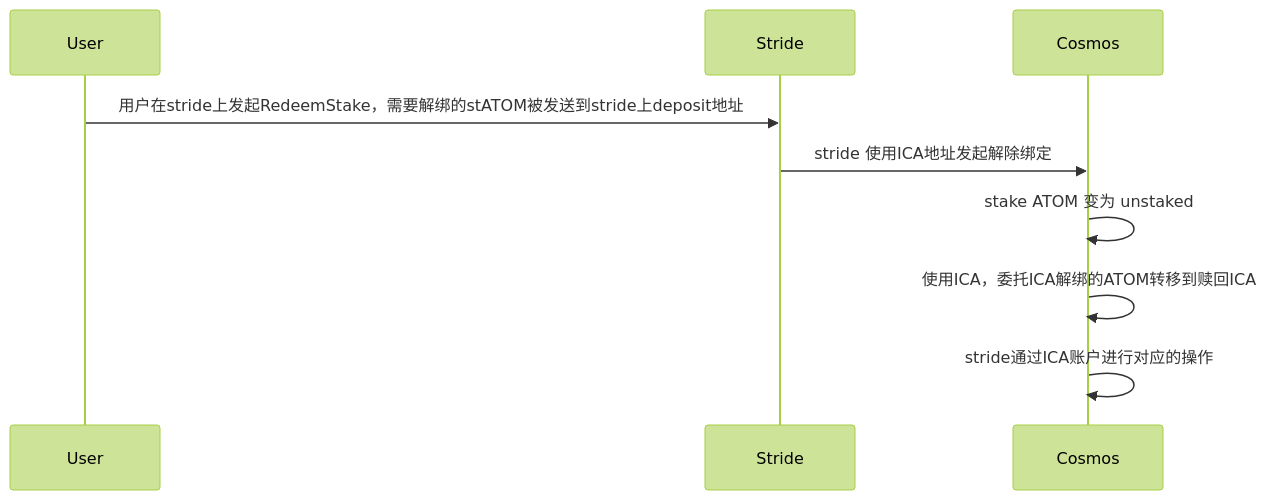
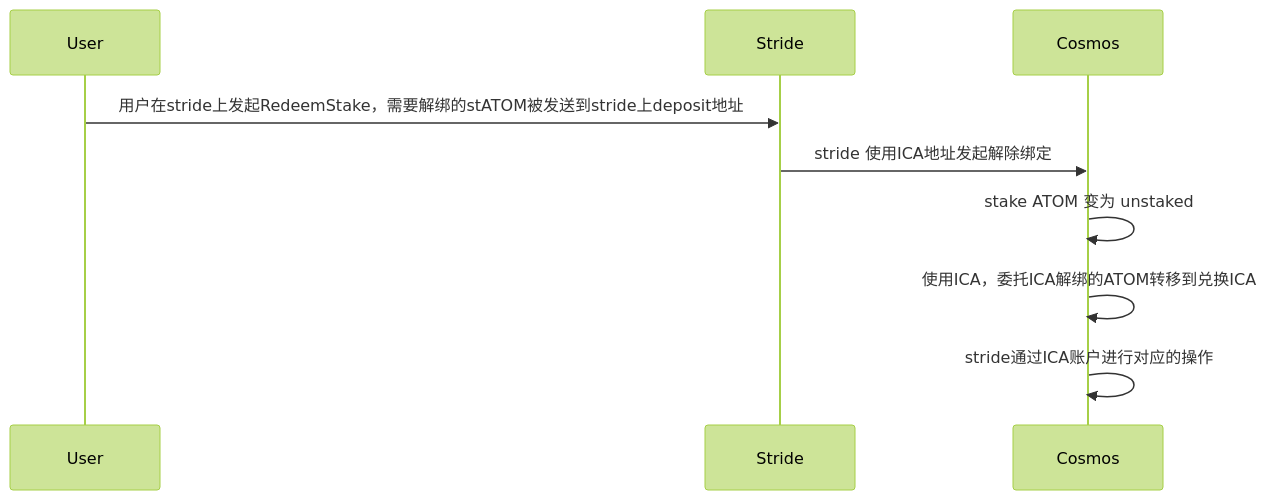
One commit to yingjianzh/iodraw-files changed the diagram in all/unbonding.md. Above: the diagram before and after it, drawn with Mermaid (forest theme).

Commit message:
2024-03-28 15:35:46 update

````diff
--- a/all/unbonding.md
+++ b/all/unbonding.md
@@ -1,8 +1,8 @@
 ```mermaid
 sequenceDiagram
     User->>Stride: 用户在stride上发起RedeemStake，需要解绑的stATOM被发送到stride上deposit地址
     Stride->>Cosmos: stride 使用ICA地址发起解除绑定
     Cosmos->>Cosmos: stake ATOM 变为 unstaked
-    Cosmos->>Cosmos: 使用ICA，委托ICA解绑的ATOM转移到赎回ICA
+    Cosmos->>Cosmos: 使用ICA，委托ICA解绑的ATOM转移到兑换ICA
     Cosmos->>Cosmos: stride通过ICA账户进行对应的操作
 ```
````
